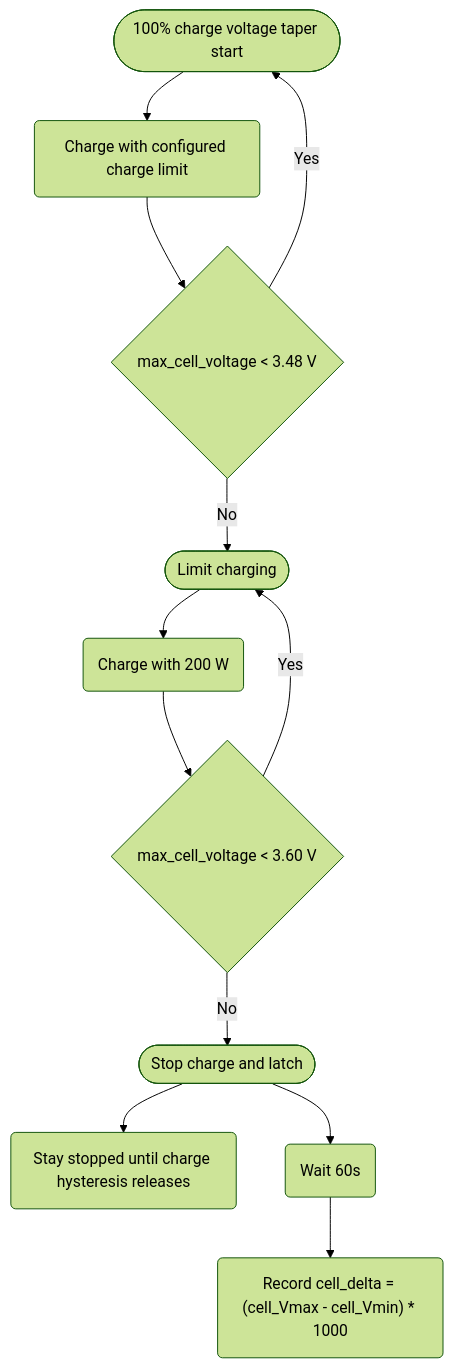
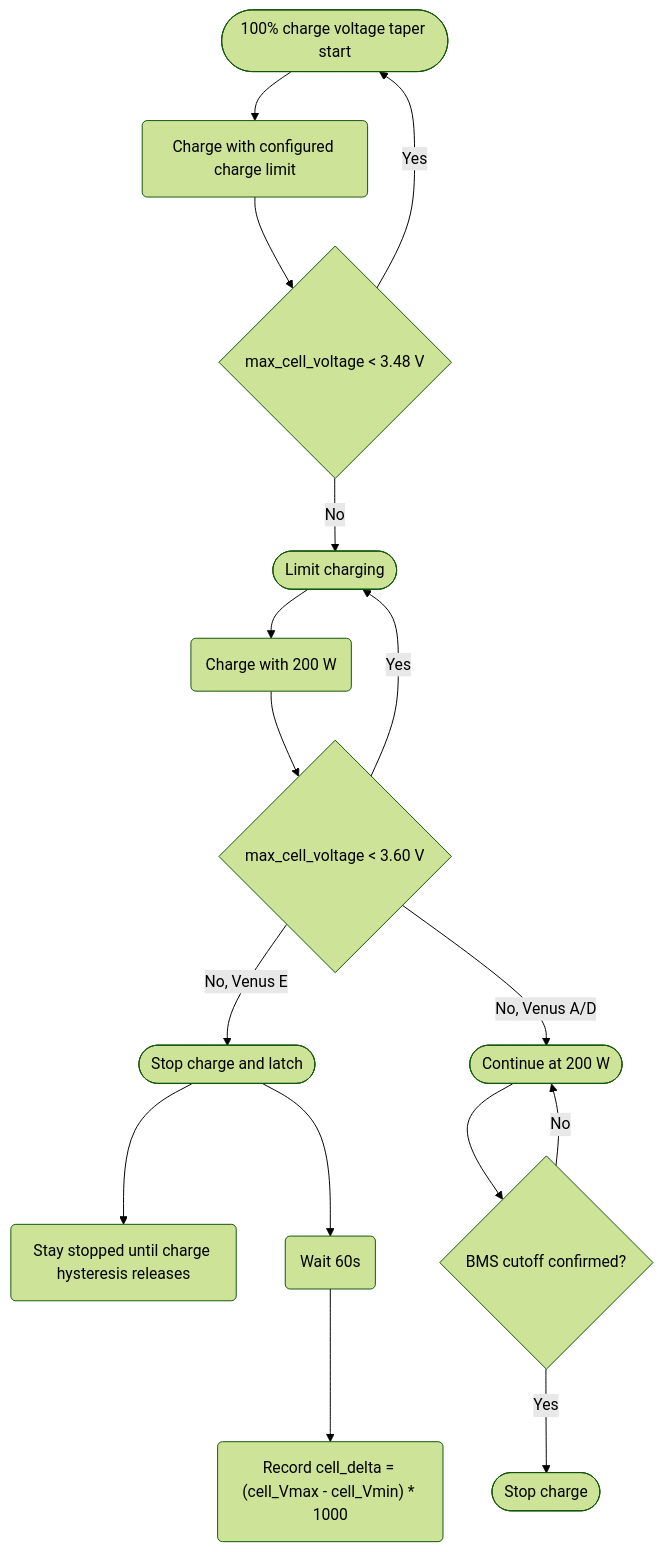
Before and after one commit to KeningGruttePier/Omnibattery: the diagram in site-docs/features/cell-balance-monitor.md, drawn with Mermaid (forest theme). The commit also changed other lines of this file and 21 other files, not shown here.

First line of the commit message:
Fix Venus A/D top-voltage charge cutoff

````diff
--- a/site-docs/features/cell-balance-monitor.md
+++ b/site-docs/features/cell-balance-monitor.md
@@ -62,14 +68,18 @@
 ```mermaid
 flowchart TD
     A([100% charge voltage taper start]) --> B(Charge with configured charge limit)
     B --> C{max_cell_voltage < 3.48 V}
     C -->|Yes| A
     C -->|No| D([Limit charging])
     D --> E(Charge with 200 W)
     E --> F{max_cell_voltage < 3.60 V}
     F -->|Yes| D
-    F -->|No| G([Stop charge and latch])
+    F -->|No, Venus E| G([Stop charge and latch])
     G --> H(Stay stopped until charge hysteresis releases)
     G --> I(Wait 60s)
     I --> J("Record cell_delta = (cell_Vmax - cell_Vmin) * 1000")
+    F -->|No, Venus A/D| K([Continue at 200 W])
+    K --> L{BMS cutoff confirmed?}
+    L -->|No| K
+    L -->|Yes| M([Stop charge])
 ```
````
